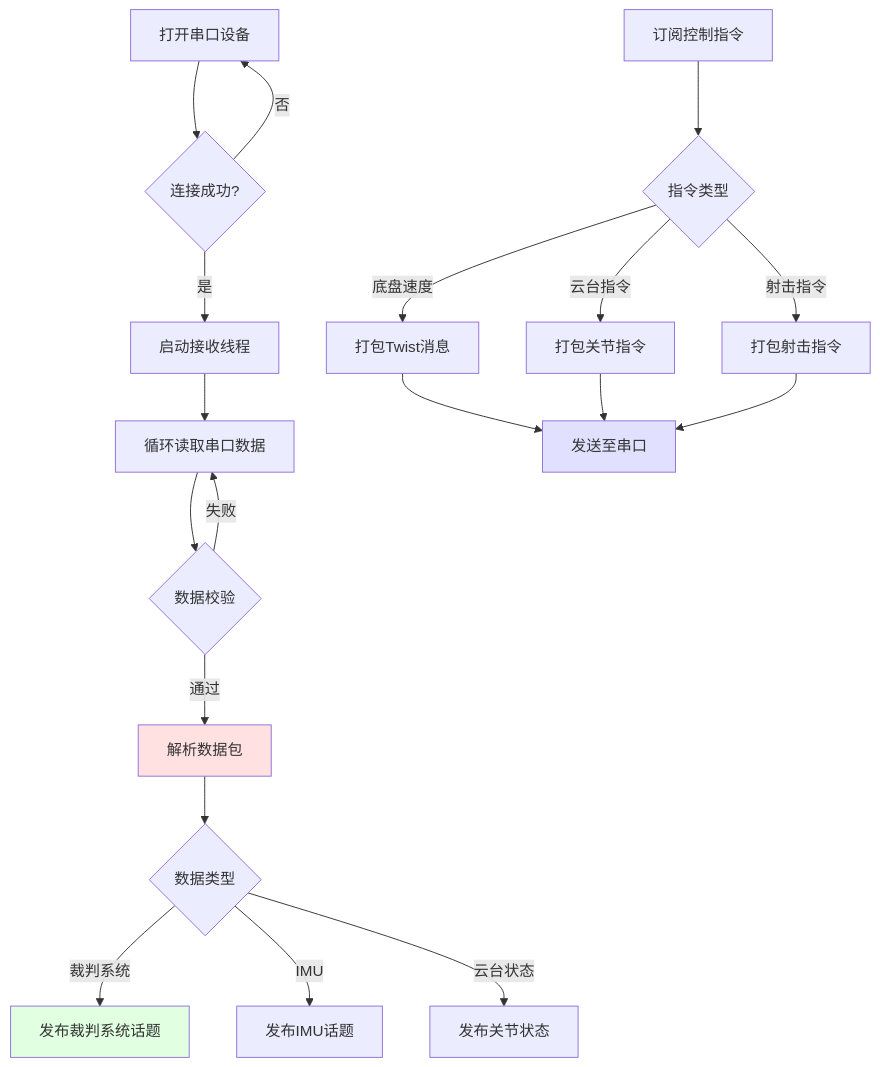
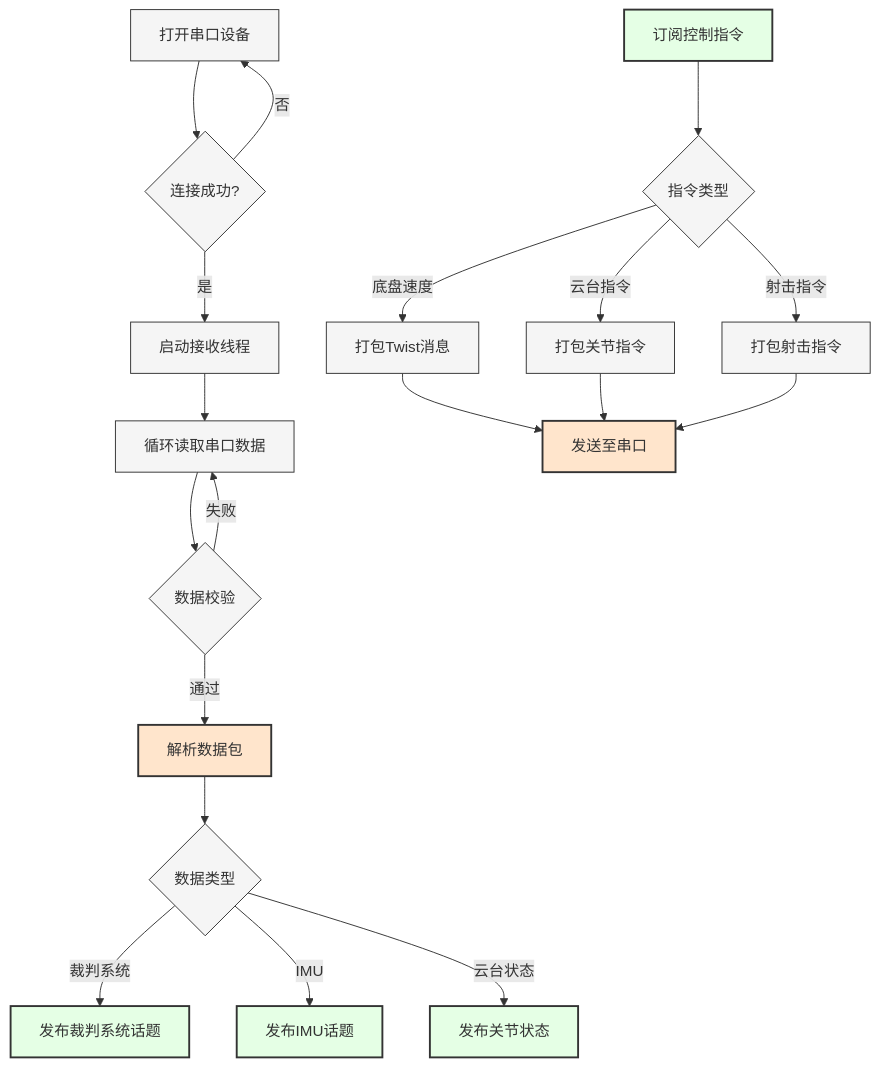
Before and after one commit to happywosabi/pb2025_sentry_ws: the second of 6 diagrams in docs/02_硬件接口层.md, drawn with Mermaid. The commit also changed other lines of this file and 5 other files, not shown here.

````diff
--- a/docs/02_硬件接口层.md
+++ b/docs/02_硬件接口层.md
@@ -47,29 +50,33 @@
 ```mermaid
 graph TB
     A[打开串口设备] --> B{连接成功?}
     B -->|否| A
     B -->|是| C[启动接收线程]
 
     C --> D[循环读取串口数据]
     D --> E{数据校验}
     E -->|通过| F[解析数据包]
     E -->|失败| D
 
     F --> G{数据类型}
     G -->|裁判系统| H[发布裁判系统话题]
     G -->|IMU| I[发布IMU话题]
     G -->|云台状态| J[发布关节状态]
 
     K[订阅控制指令] --> L{指令类型}
     L -->|底盘速度| M[打包Twist消息]
     L -->|云台指令| N[打包关节指令]
     L -->|射击指令| O[打包射击指令]
 
     M --> P[发送至串口]
     N --> P
     O --> P
 
-    style F fill:#ffe1e1
-    style H fill:#e1ffe1
-    style P fill:#e1e1ff
+    classDef hardwareClass fill:#FFE5CC,stroke:#333,stroke-width:2px
+    classDef dataClass fill:#E5FFE5,stroke:#333,stroke-width:2px
+    classDef processClass fill:#F5F5F5,stroke:#333,stroke-width:1px
+
+    class F,P hardwareClass
+    class H,I,J,K dataClass
+    class A,B,C,D,E,G,L,M,N,O processClass
 ```
````
